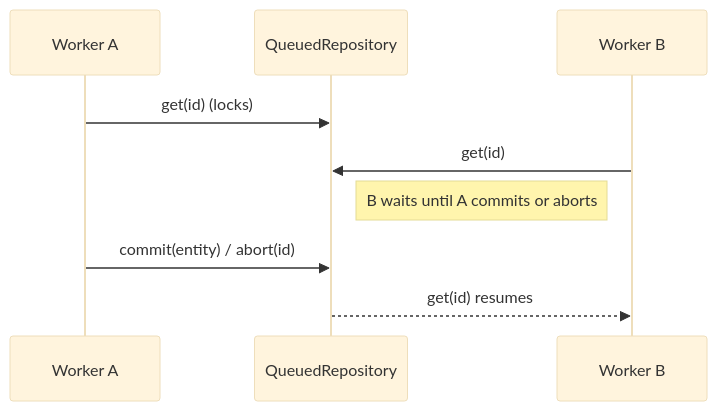
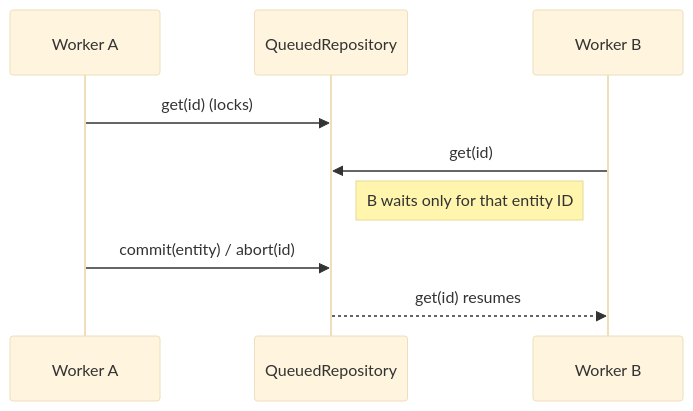
One commit to patrickleet/sourced_rust changed the fourth of 5 diagrams in README.md. Above: the diagram before and after it, drawn with Mermaid (base theme). The commit also changed other lines of this file and 16 other files, not shown here.

````diff
--- a/README.md
+++ b/README.md
@@ -54,11 +94,11 @@
 ```mermaid
 sequenceDiagram
     participant A as Worker A
     participant Q as QueuedRepository
     participant B as Worker B
     A->>Q: get(id) (locks)
     B->>Q: get(id)
-    Note right of Q: B waits until A commits or aborts
+    Note right of Q: B waits only for that entity ID
     A->>Q: commit(entity) / abort(id)
     Q-->>B: get(id) resumes
 ```
````
